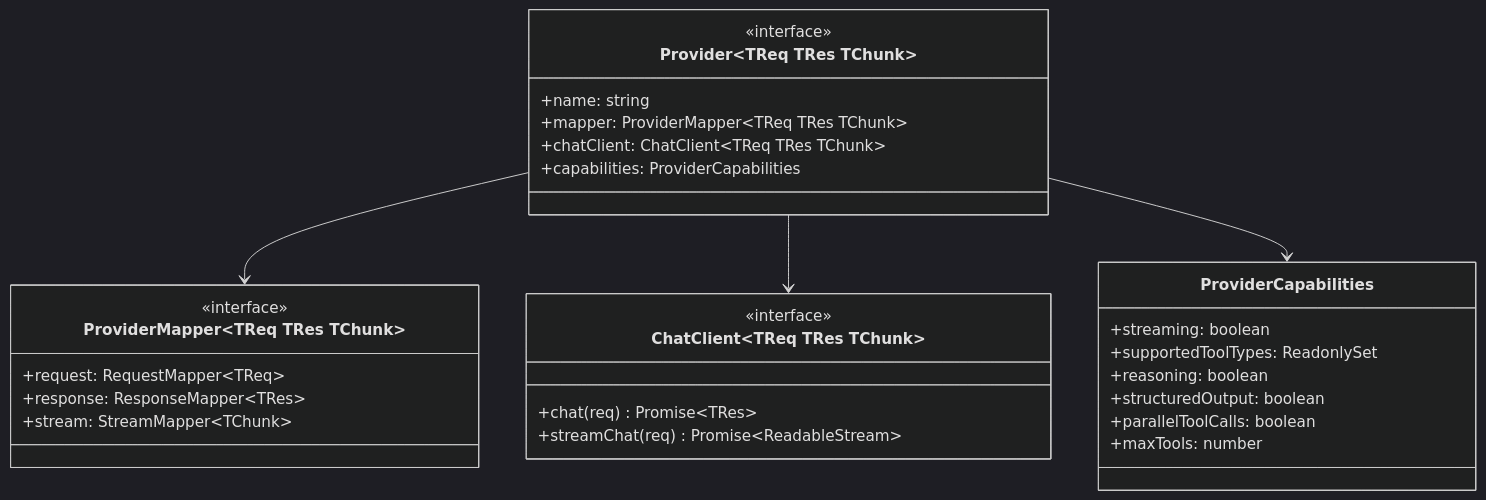
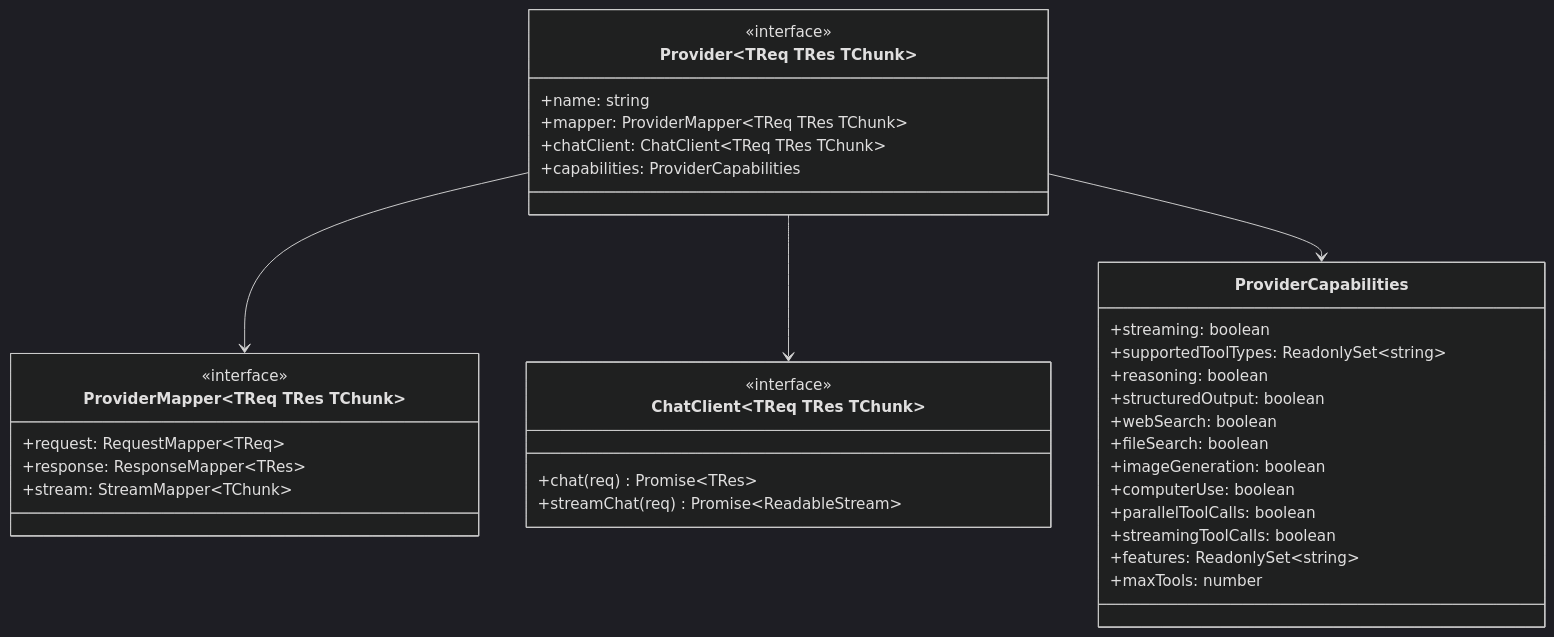
Before and after one commit to Ahoo-Wang/GodeX: the diagram in wiki/zh/03-provider-development/provider-interface.md, drawn with Mermaid (dark theme). The commit also changed 9 other files, not shown here.

````diff
--- a/wiki/zh/03-provider-development/provider-interface.md
+++ b/wiki/zh/03-provider-development/provider-interface.md
@@ -12,38 +12,44 @@
 ```mermaid
 classDiagram
   direction TB
 
   class Provider~TReq TRes TChunk~ {
     <<interface>>
     +name: string
     +mapper: ProviderMapper~TReq TRes TChunk~
     +chatClient: ChatClient~TReq TRes TChunk~
     +capabilities: ProviderCapabilities
   }
 
   class ProviderMapper~TReq TRes TChunk~ {
     <<interface>>
     +request: RequestMapper~TReq~
     +response: ResponseMapper~TRes~
     +stream: StreamMapper~TChunk~
   }
 
   class ChatClient~TReq TRes TChunk~ {
     <<interface>>
     +chat(req) Promise~TRes~
     +streamChat(req) Promise~ReadableStream~
   }
 
   class ProviderCapabilities {
     +streaming: boolean
-    +supportedToolTypes: ReadonlySet
+    +supportedToolTypes: ReadonlySet~string~
     +reasoning: boolean
     +structuredOutput: boolean
+    +webSearch: boolean
+    +fileSearch: boolean
+    +imageGeneration: boolean
+    +computerUse: boolean
     +parallelToolCalls: boolean
+    +streamingToolCalls: boolean
+    +features: ReadonlySet~string~
     +maxTools: number
   }
 
   Provider --> ProviderMapper
   Provider --> ChatClient
   Provider --> ProviderCapabilities
 ```
````
